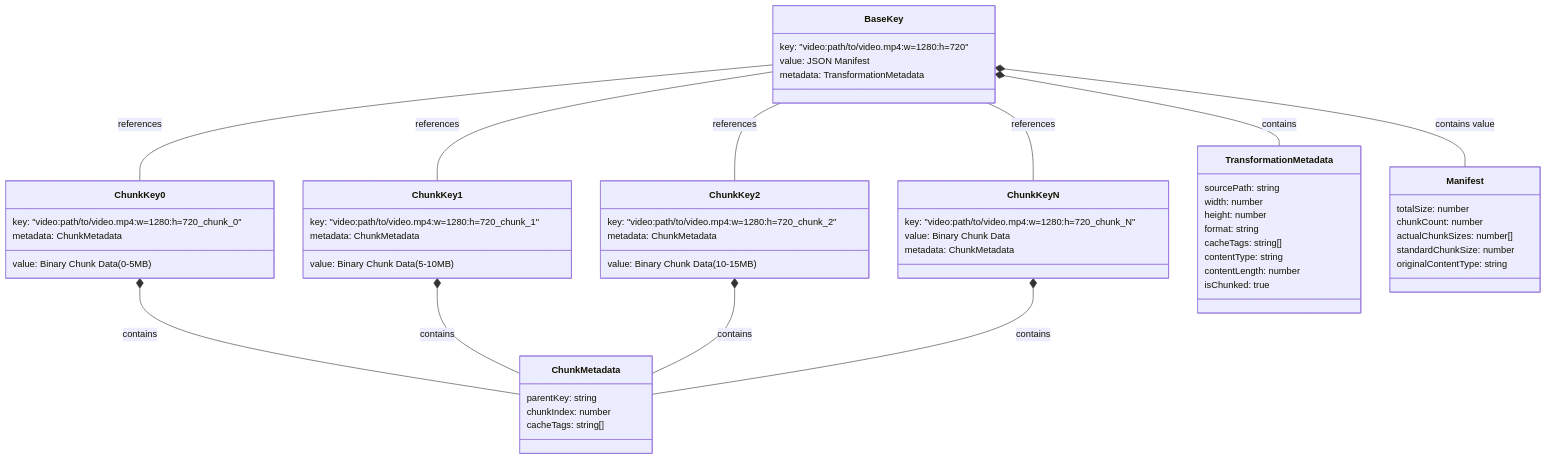
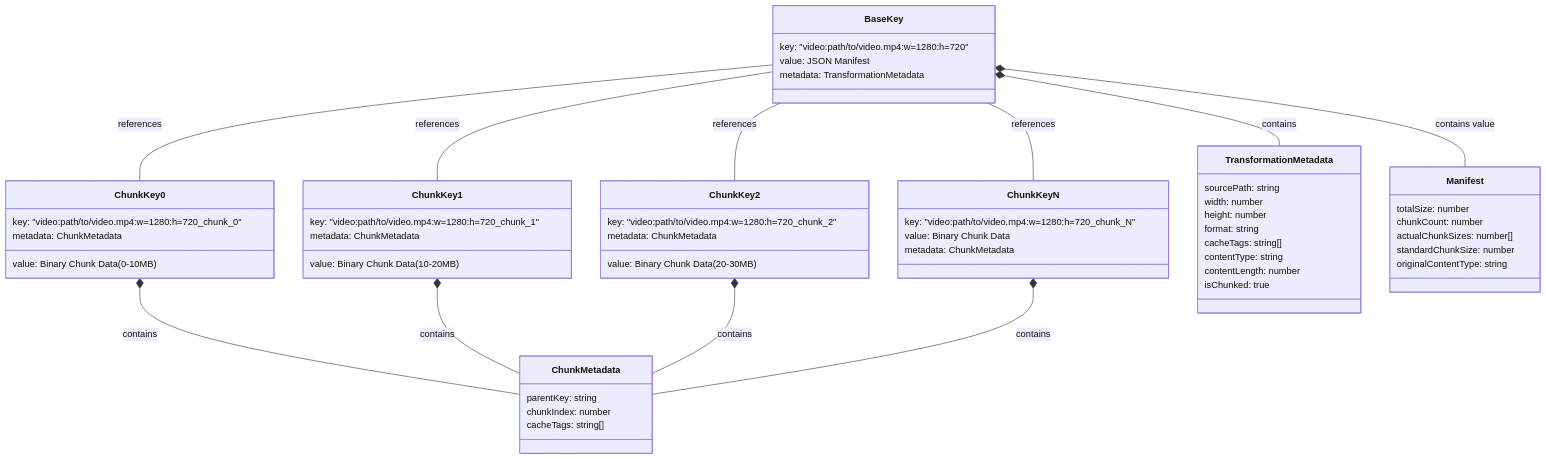
The fourth of 9 diagrams in docs/features/kv-chunking.md (erfianugrah/video-resizer), drawn with Mermaid before and after one commit. The commit also changed other lines of this file and 13 other files, not shown here.

````diff
--- a/docs/features/kv-chunking.md
+++ b/docs/features/kv-chunking.md
@@ -393,68 +394,68 @@
 ```mermaid
 classDiagram
     class BaseKey {
         key: "video:path/to/video.mp4:w=1280:h=720"
         value: JSON Manifest
         metadata: TransformationMetadata
     }
 
     class ChunkKey0 {
         key: "video:path/to/video.mp4:w=1280:h=720_chunk_0"
-        value: Binary Chunk Data (0-5MB)
+        value: Binary Chunk Data (0-10MB)
         metadata: ChunkMetadata
     }
 
     class ChunkKey1 {
         key: "video:path/to/video.mp4:w=1280:h=720_chunk_1"
-        value: Binary Chunk Data (5-10MB)
+        value: Binary Chunk Data (10-20MB)
         metadata: ChunkMetadata
     }
 
     class ChunkKey2 {
         key: "video:path/to/video.mp4:w=1280:h=720_chunk_2"
-        value: Binary Chunk Data (10-15MB)
+        value: Binary Chunk Data (20-30MB)
         metadata: ChunkMetadata
     }
 
     class ChunkKeyN {
         key: "video:path/to/video.mp4:w=1280:h=720_chunk_N"
         value: Binary Chunk Data
         metadata: ChunkMetadata
     }
 
     class TransformationMetadata {
         sourcePath: string
         width: number
         height: number
         format: string
         cacheTags: string[]
         contentType: string
         contentLength: number
         isChunked: true
     }
 
     class ChunkMetadata {
         parentKey: string
         chunkIndex: number
         cacheTags: string[]
     }
 
     class Manifest {
         totalSize: number
         chunkCount: number
         actualChunkSizes: number[]
         standardChunkSize: number
         originalContentType: string
     }
 
     BaseKey -- ChunkKey0 : references
     BaseKey -- ChunkKey1 : references
     BaseKey -- ChunkKey2 : references
     BaseKey -- ChunkKeyN : references
     BaseKey *-- TransformationMetadata : contains
     BaseKey *-- Manifest : contains value
     ChunkKey0 *-- ChunkMetadata : contains
     ChunkKey1 *-- ChunkMetadata : contains
     ChunkKey2 *-- ChunkMetadata : contains
     ChunkKeyN *-- ChunkMetadata : contains
 ```
````
